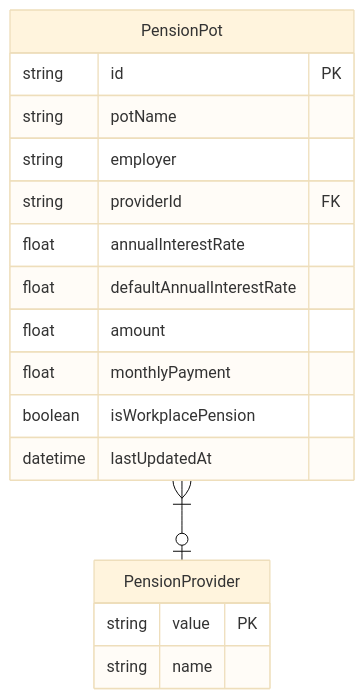
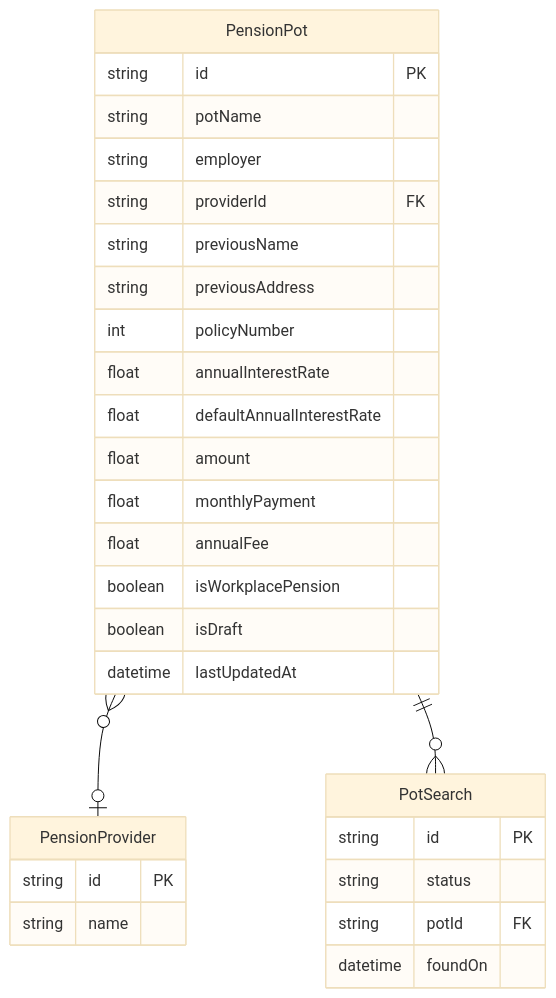
One commit to laukl/pension-api changed the diagram in docs/erd.md. Above: the diagram before and after it, drawn with Mermaid (base theme).

Commit message:
docs: update erd

````diff
--- a/docs/erd.md
+++ b/docs/erd.md
@@ -1,22 +1,35 @@
 ```mermaid
 erDiagram
   PensionPot {
     string id PK
     string potName
     string employer
     string providerId FK
+    string previousName
+    string previousAddress
+    int policyNumber
     float annualInterestRate
     float defaultAnnualInterestRate
     float amount
     float monthlyPayment
+    float annualFee
     boolean isWorkplacePension
+    boolean isDraft
     datetime lastUpdatedAt
   }
 
   PensionProvider {
-    string value PK
+    string id PK
     string name
   }
 
-  PensionPot }|--o| PensionProvider : ""
+  PotSearch {
+    string id PK
+    string status
+    string potId FK
+    datetime foundOn
+  }
+
+  PensionPot }o--o| PensionProvider : ""
+  PensionPot ||--o{ PotSearch : ""
 ```
````
